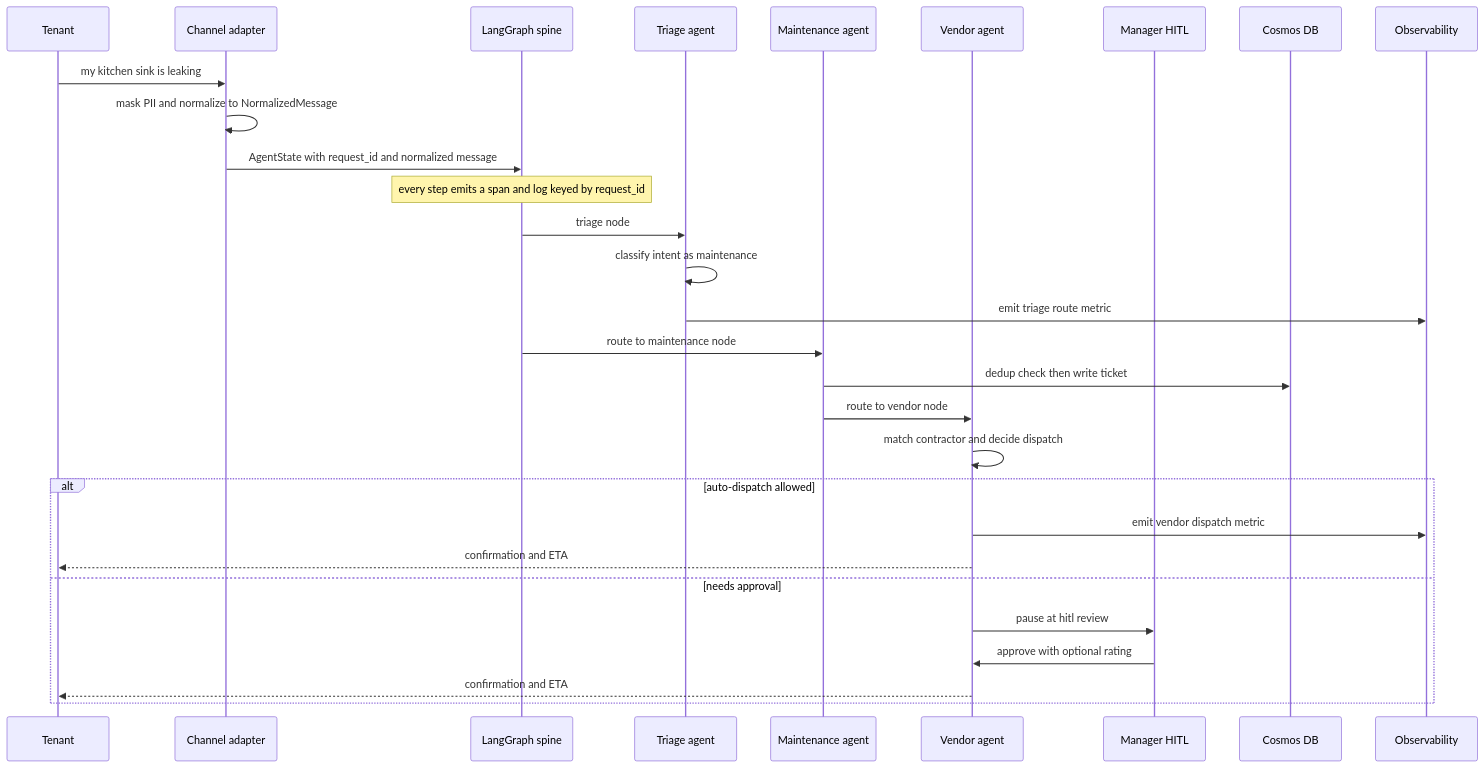
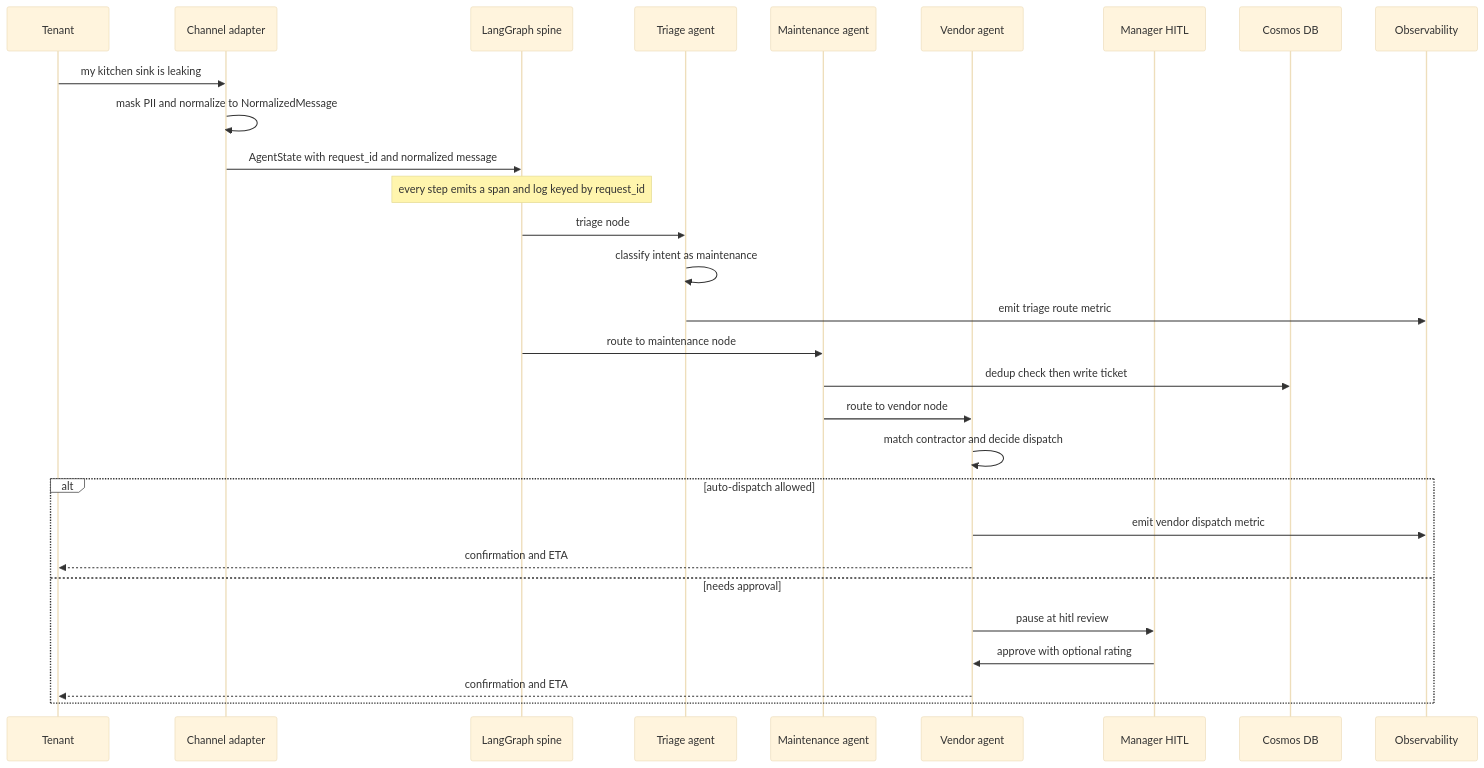
One commit to dharmendra-verma/CondoManager changed the second of 2 diagrams in docs/ARCHITECTURE.md. Above: the diagram before and after it, drawn with Mermaid. The commit also changed other lines of this file, not shown here.

First line of the commit message:
docs: improve Mermaid diagram visibility in ARCHITECTURE.md

````diff
--- a/docs/ARCHITECTURE.md
+++ b/docs/ARCHITECTURE.md
@@ -79,32 +82,33 @@
 ```mermaid
+%%{init: {"theme": "base", "themeVariables": {"labelBoxBkgColor": "#ffffff", "labelBoxBorderColor": "#333333", "labelTextColor": "#333333", "activationBorderColor": "#333333", "activationBkgColor": "#f0f0f0", "sequenceNumberColor": "#333333"}}}%%
 sequenceDiagram
     participant T as Tenant
     participant CH as Channel adapter
     participant GR as LangGraph spine
     participant TR as Triage agent
     participant MA as Maintenance agent
     participant VE as Vendor agent
     participant HU as Manager HITL
     participant DB as Cosmos DB
     participant OB as Observability
 
     T->>CH: my kitchen sink is leaking
     CH->>CH: mask PII and normalize to NormalizedMessage
     CH->>GR: AgentState with request_id and normalized message
     Note over GR: every step emits a span and log keyed by request_id
     GR->>TR: triage node
     TR->>TR: classify intent as maintenance
     TR->>OB: emit triage route metric
     GR->>MA: route to maintenance node
     MA->>DB: dedup check then write ticket
     MA->>VE: route to vendor node
     VE->>VE: match contractor and decide dispatch
     alt auto-dispatch allowed
         VE->>OB: emit vendor dispatch metric
         VE-->>T: confirmation and ETA
     else needs approval
         VE->>HU: pause at hitl review
         HU->>VE: approve with optional rating
         VE-->>T: confirmation and ETA
     end
 ```
````
